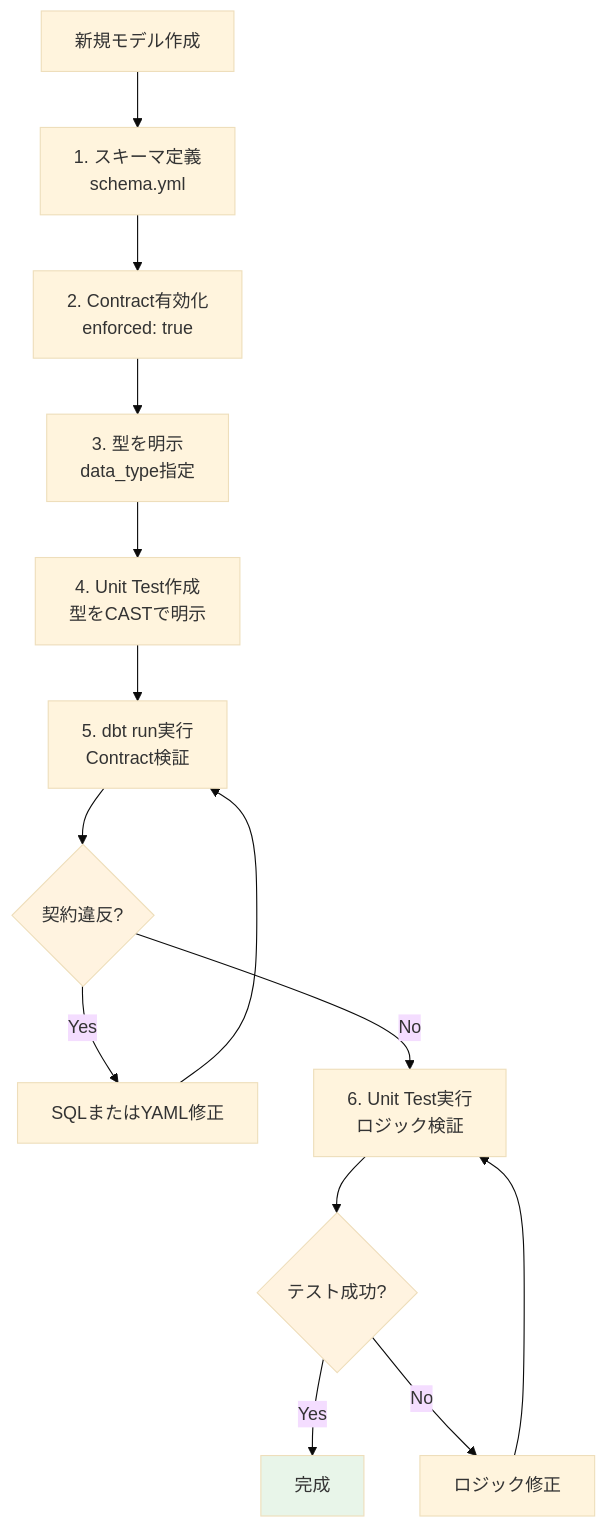
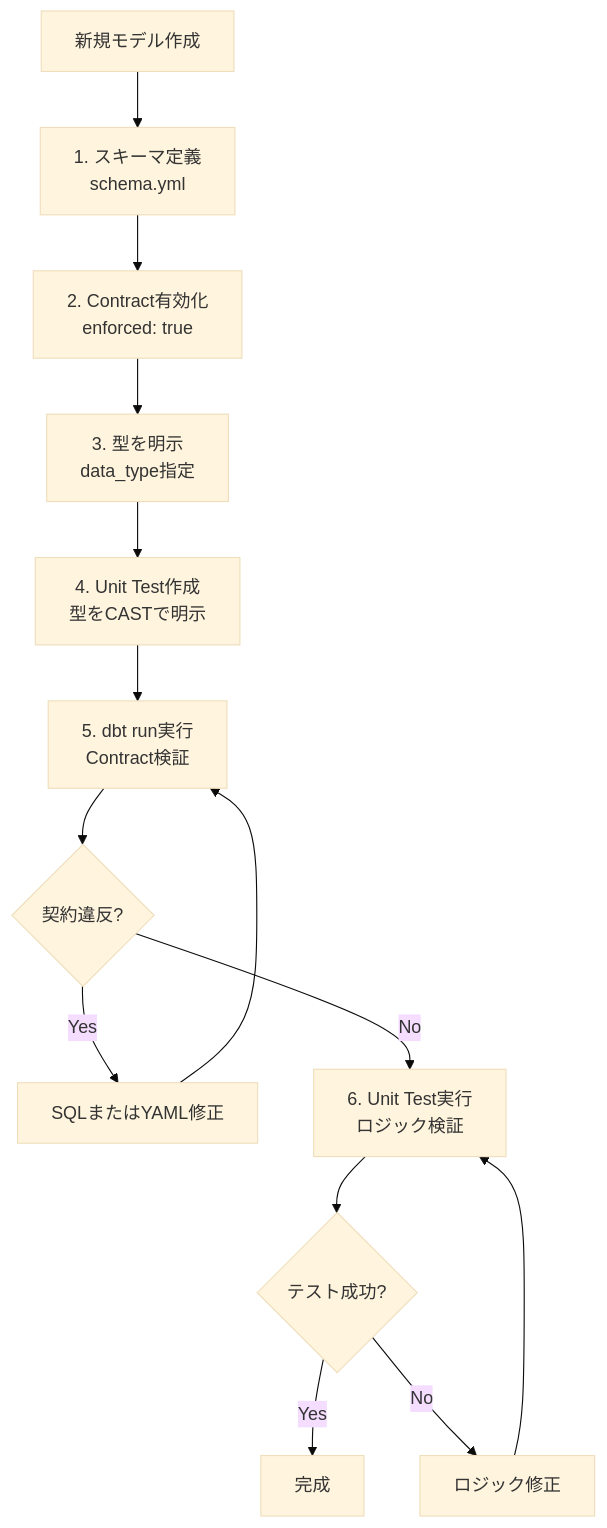
Before and after one commit to 1210yuichi0/1210yuichi0.github.io: the sixth of 7 diagrams in content/Tech/dbt/features/contracts-config.md, drawn with Mermaid (base theme). The commit also changed other lines of this file and 22 other files, not shown here.

First line of the commit message:
style: remove Mermaid style directives for dark mode compatibility

````diff
--- a/content/Tech/dbt/features/contracts-config.md
+++ b/content/Tech/dbt/features/contracts-config.md
@@ -1143,21 +1127,18 @@
 ```mermaid
 flowchart TD
     A[新規モデル作成] --> B[1. スキーマ定義<br/>schema.yml]
     B --> C[2. Contract有効化<br/>enforced: true]
     C --> D[3. 型を明示<br/>data_type指定]
     D --> E[4. Unit Test作成<br/>型をCASTで明示]
     E --> F[5. dbt run実行<br/>Contract検証]
     F --> G{契約違反?}
     G -->|Yes| H[SQLまたはYAML修正]
     G -->|No| I[6. Unit Test実行<br/>ロジック検証]
     I --> J{テスト成功?}
     J -->|Yes| K[完成]
     J -->|No| L[ロジック修正]
 
     H --> F
     L --> I
 
-    style K fill:#e8f5e9
-    style G fill:#fff3e0
-    style J fill:#fff3e0
 ```
````
